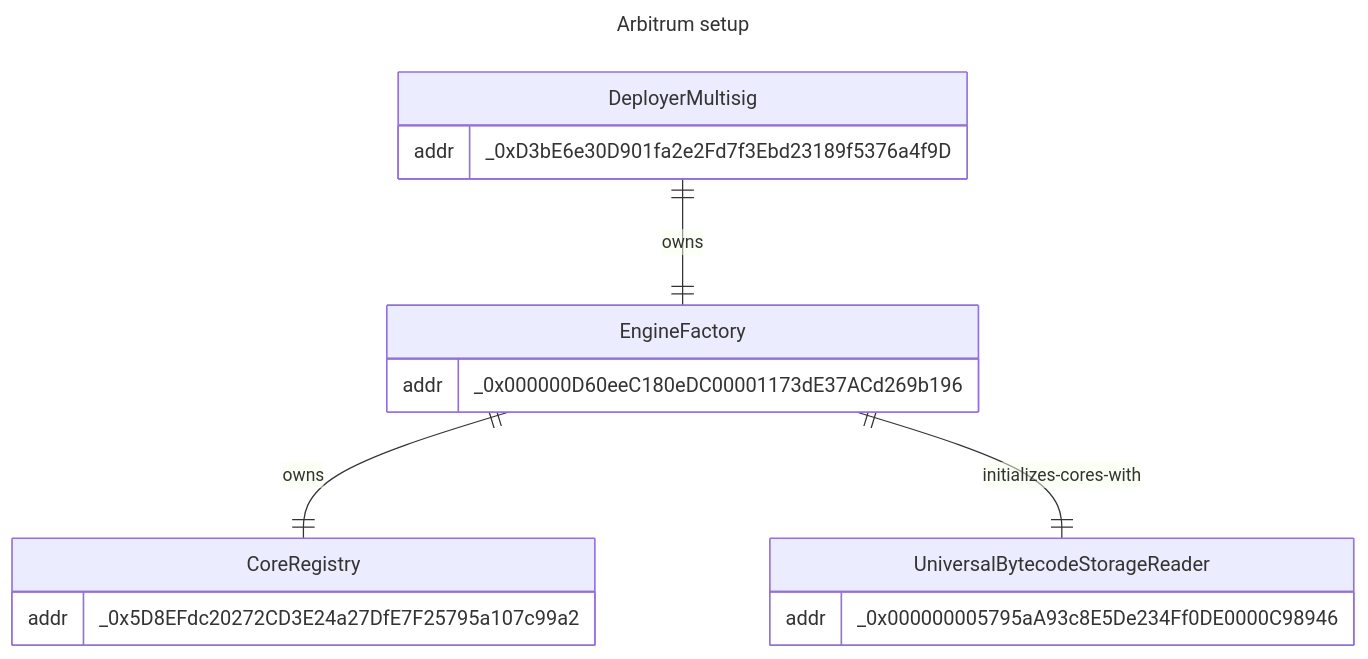
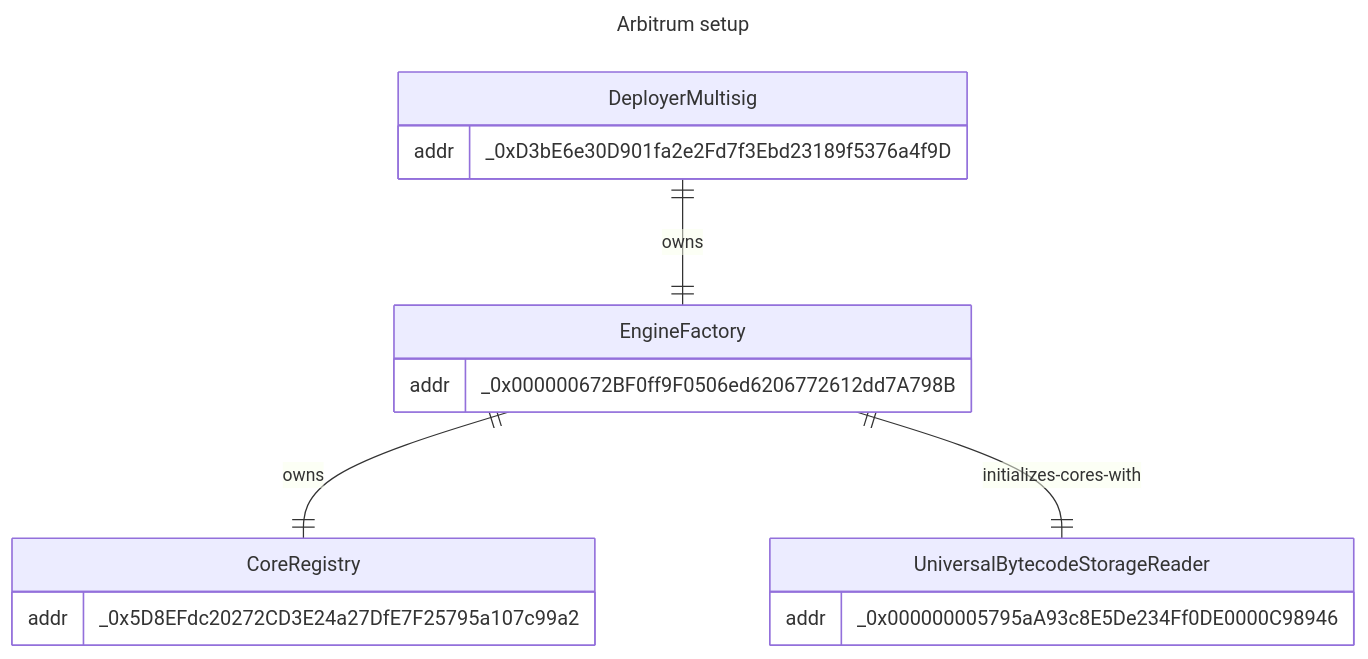
Before and after one commit to ArtBlocks/artblocks-contracts: the second of 5 diagrams in packages/contracts/INFRASTRUCTURE.md, drawn with Mermaid. The commit also changed other lines of this file and 2 other files, not shown here.

````diff
--- a/packages/contracts/INFRASTRUCTURE.md
+++ b/packages/contracts/INFRASTRUCTURE.md
@@ -52,21 +52,21 @@
 ```mermaid
 ---
 title: Arbitrum setup
 ---
 erDiagram
     DeployerMultisig ||--|| EngineFactory : owns
     EngineFactory ||--|| CoreRegistry : owns
     EngineFactory ||--|| UniversalBytecodeStorageReader : initializes-cores-with
     DeployerMultisig {
         addr _0xD3bE6e30D901fa2e2Fd7f3Ebd23189f5376a4f9D
     }
     EngineFactory {
-        addr _0x000000D60eeC180eDC00001173dE37ACd269b196
+        addr _0x000000672BF0ff9F0506ed6206772612dd7A798B
     }
     CoreRegistry {
         addr _0x5D8EFdc20272CD3E24a27DfE7F25795a107c99a2
     }
     UniversalBytecodeStorageReader {
         addr _0x000000005795aA93c8E5De234Ff0DE0000C98946
     }
 ```
````
